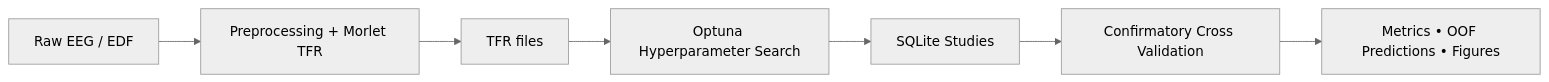
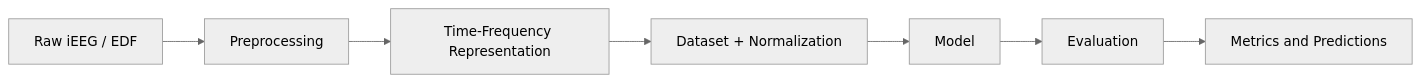
Before and after one commit to slendersold/NeuronDeCo: the diagram in README.md, drawn with Mermaid (neutral theme). The commit also changed other lines of this file, not shown here.

Commit message:
Refine README.md to enhance project clarity and structure. Update project description, emphasize reproducibility, and detail the experimental workflow. Introduce patient-wise experiment management and modular architecture for model comparison.

````diff
--- a/README.md
+++ b/README.md
@@ -34,17 +48,17 @@
 ```mermaid
 flowchart LR
-  RAW[Raw EEG / EDF]
-  PRE[Preprocessing + Morlet TFR]
-  TFR[TFR files]
-  HPO[Optuna Hyperparameter Search]
-  DB[SQLite Studies]
-  CONF[Confirmatory Cross Validation]
-  OUT[Metrics • OOF Predictions • Figures]
+  RAW[Raw iEEG / EDF]
+  PRE[Preprocessing]
+  TFR[Time-Frequency Representation]
+  DATA[Dataset + Normalization]
+  MODEL[Model]
+  EVAL[Evaluation]
+  OUT[Metrics and Predictions]
 
   RAW --> PRE
   PRE --> TFR
-  TFR --> HPO
-  HPO --> DB
-  DB --> CONF
-  CONF --> OUT
+  TFR --> DATA
+  DATA --> MODEL
+  MODEL --> EVAL
+  EVAL --> OUT
 ```
````
